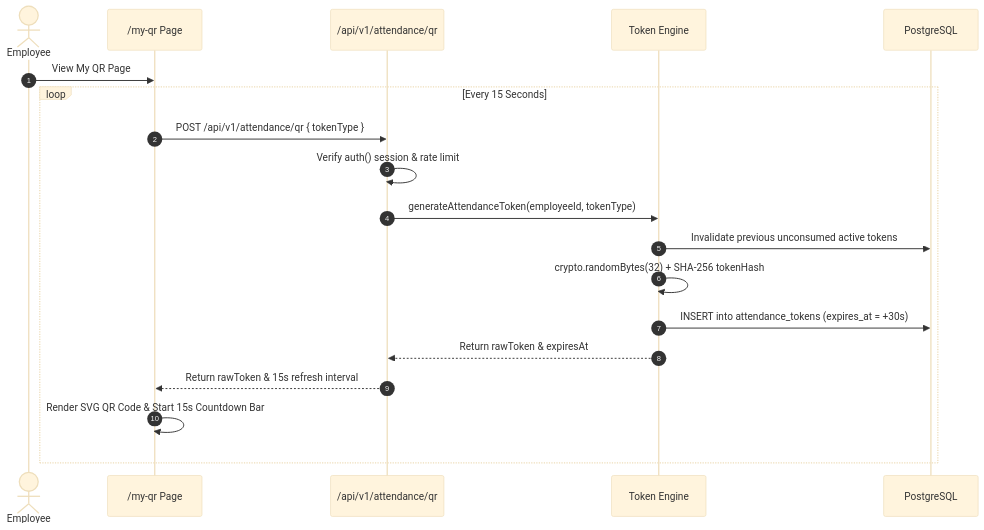
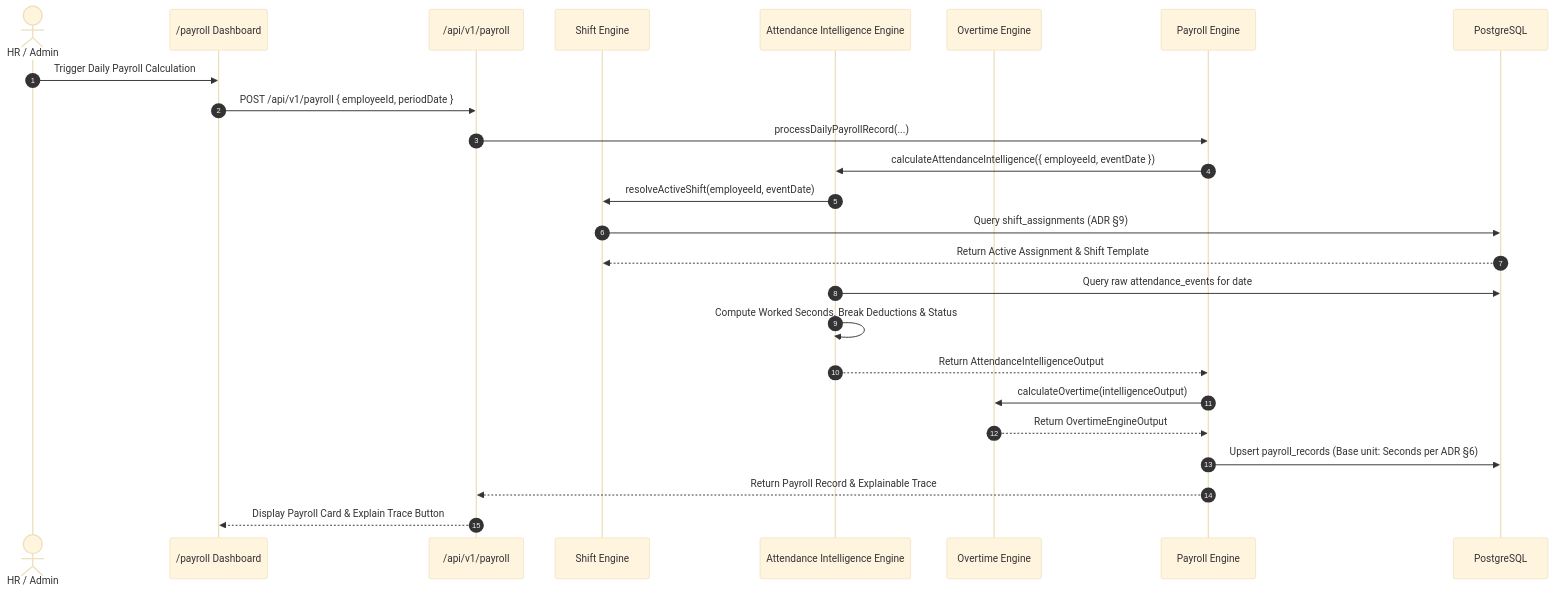
Before and after one commit to SOUMYA0023/WorkForce1: the fifth of 5 diagrams in ARCHITECTURE.md, drawn with Mermaid (base theme). The commit also changed other lines of this file and 17 other files, not shown here.

````diff
--- a/ARCHITECTURE.md
+++ b/ARCHITECTURE.md
@@ -267,22 +123,28 @@
 ```mermaid
 sequenceDiagram
     autonumber
-    actor Employee
-    participant UI as /my-qr Page
-    participant API as /api/v1/attendance/qr
-    participant Engine as Token Engine
+    actor Admin as HR / Admin
+    participant UI as /payroll Dashboard
+    participant API as /api/v1/payroll
+    participant Shift as Shift Engine
+    participant Intel as Attendance Intelligence Engine
+    participant OT as Overtime Engine
+    participant Payroll as Payroll Engine
     participant DB as PostgreSQL
 
-    Employee->>UI: View My QR Page
-    loop Every 15 Seconds
-        UI->>API: POST /api/v1/attendance/qr { tokenType }
-        API->>API: Verify auth() session & rate limit
-        API->>Engine: generateAttendanceToken(employeeId, tokenType)
-        Engine->>DB: Invalidate previous unconsumed active tokens
-        Engine->>Engine: crypto.randomBytes(32) + SHA-256 tokenHash
-        Engine->>DB: INSERT into attendance_tokens (expires_at = +30s)
-        Engine-->>API: Return rawToken & expiresAt
-        API-->>UI: Return rawToken & 15s refresh interval
-        UI->>UI: Render SVG QR Code & Start 15s Countdown Bar
-    end
+    Admin->>UI: Trigger Daily Payroll Calculation
+    UI->>API: POST /api/v1/payroll { employeeId, periodDate }
+    API->>Payroll: processDailyPayrollRecord(...)
+    Payroll->>Intel: calculateAttendanceIntelligence({ employeeId, eventDate })
+    Intel->>Shift: resolveActiveShift(employeeId, eventDate)
+    Shift->>DB: Query shift_assignments (ADR §9)
+    DB-->>Shift: Return Active Assignment & Shift Template
+    Intel->>DB: Query raw attendance_events for date
+    Intel->>Intel: Compute Worked Seconds, Break Deductions & Status
+    Intel-->>Payroll: Return AttendanceIntelligenceOutput
+    Payroll->>OT: calculateOvertime(intelligenceOutput)
+    OT-->>Payroll: Return OvertimeEngineOutput
+    Payroll->>DB: Upsert payroll_records (Base unit: Seconds per ADR §6)
+    Payroll-->>API: Return Payroll Record & Explainable Trace
+    API-->>UI: Display Payroll Card & Explain Trace Button
 ```
````
